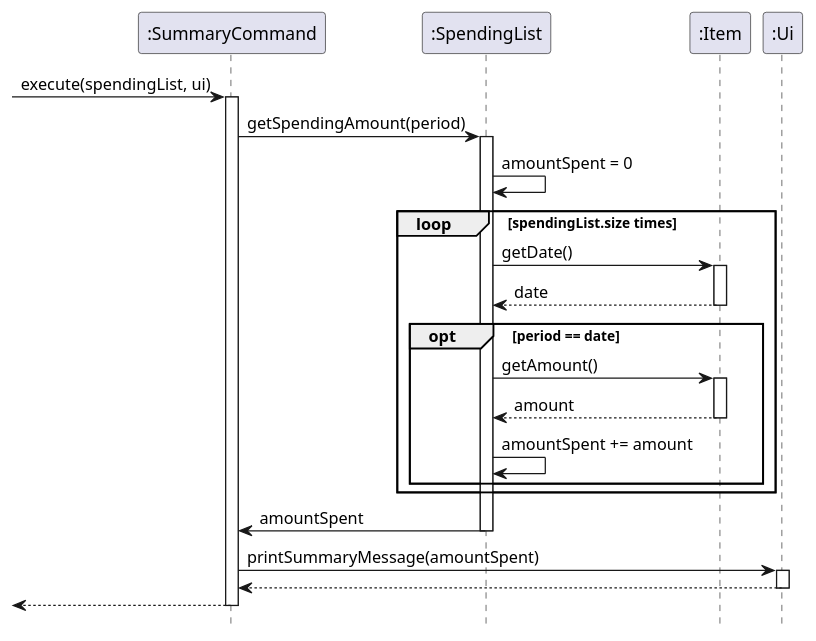
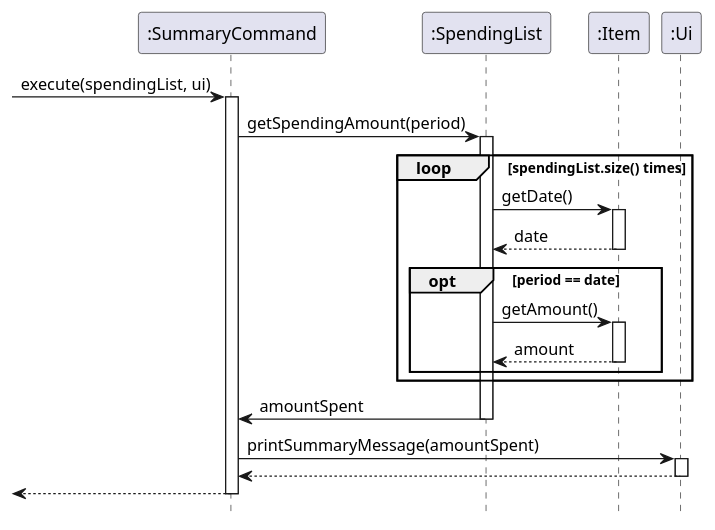
Before and after one commit to xieyaoyue/tp: the diagram in src/uml/summary.puml, drawn with PlantUML. The commit also changed 4 other files, not shown here.

Commit message:
update uml diagram

```diff
--- a/src/uml/summary.puml
+++ b/src/uml/summary.puml
@@ -1,41 +1,37 @@
 @startuml
 hide footbox
 
 -> ":SummaryCommand": execute(spendingList, ui)
 activate ":SummaryCommand"
 
 ":SummaryCommand" -> ":SpendingList": getSpendingAmount(period)
 activate ":SpendingList"
 
-":SpendingList" -> ":SpendingList": amountSpent = 0
-
-loop spendingList.size times
+loop spendingList.size() times
 
 
 ":SpendingList" -> ":Item": getDate()
 activate ":Item"
 ":Item" --> ":SpendingList": date
 deactivate ":Item"
 
 opt period == date
 ":SpendingList" -> ":Item": getAmount()
 activate ":Item"
 ":Item" --> ":SpendingList": amount
 deactivate ":Item"
-
-":SpendingList" -> ":SpendingList": amountSpent += amount
 
 end
 
 end
 
 ":SpendingList" -> ":SummaryCommand": amountSpent
 deactivate ":SpendingList"
 ":SummaryCommand" -> ":Ui" : printSummaryMessage(amountSpent)
 activate ":Ui"
 ":Ui" --> ":SummaryCommand"
 deactivate ":Ui"
 
 <-- ":SummaryCommand"
 deactivate ":SummaryCommand"
 @enduml
```
